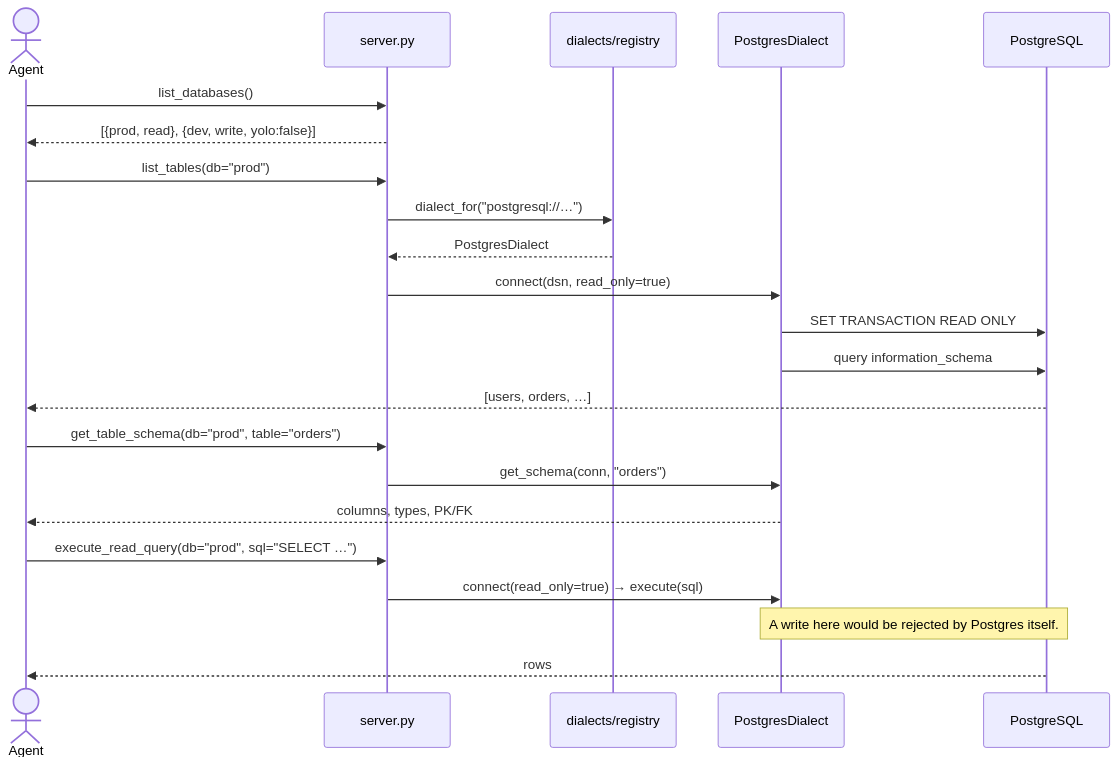
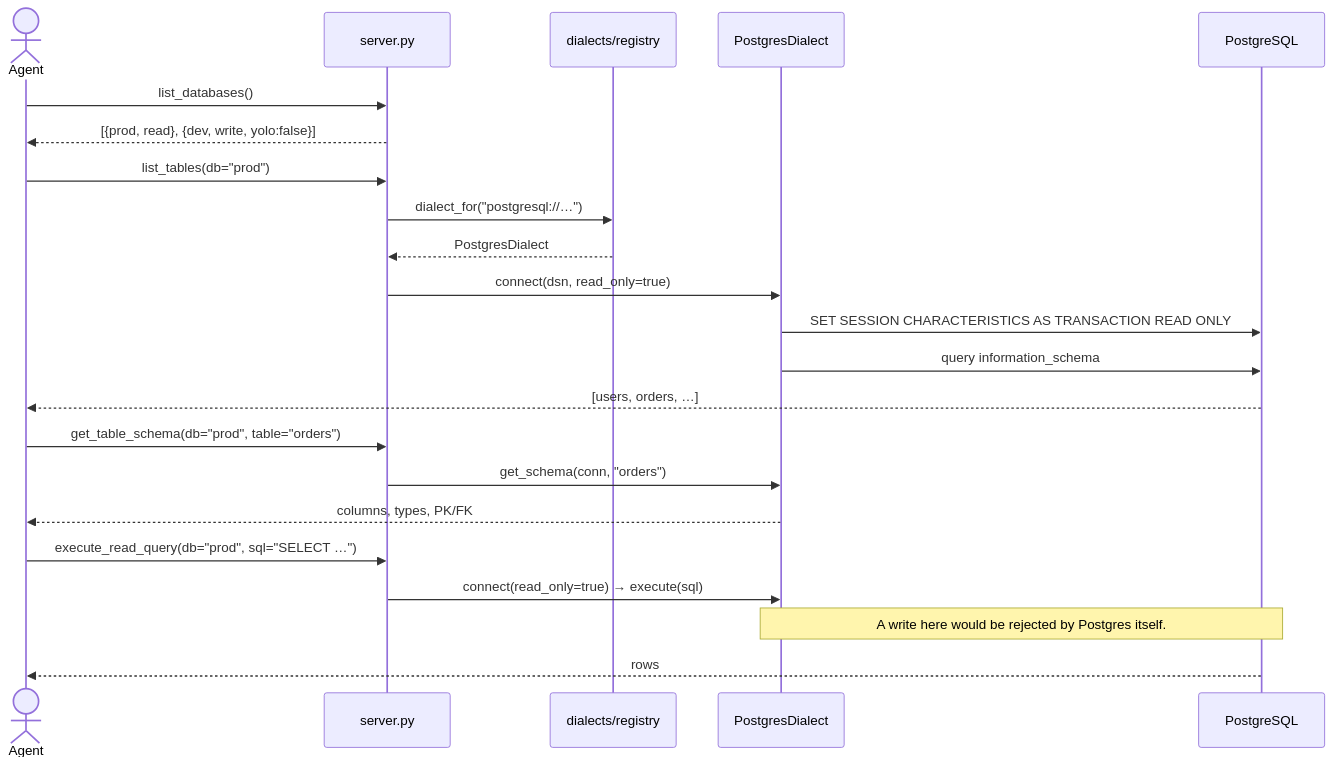
The second of 7 diagrams in ARCHITECTURE.md (Idle-Sync/db-conn-mcp), drawn with Mermaid before and after one commit. The commit also changed other lines of this file and 8 other files, not shown here.

Commit message:
Add v1 implementation plan; fix read-only enforcement to session-level across docs

````diff
--- a/ARCHITECTURE.md
+++ b/ARCHITECTURE.md
@@ -106,28 +106,28 @@
 ```mermaid
 sequenceDiagram
     actor Agent
     participant Server as server.py
     participant Reg as dialects/registry
     participant PG as PostgresDialect
     participant DB as PostgreSQL
 
     Agent->>Server: list_databases()
     Server-->>Agent: [{prod, read}, {dev, write, yolo:false}]
 
     Agent->>Server: list_tables(db="prod")
     Server->>Reg: dialect_for("postgresql://…")
     Reg-->>Server: PostgresDialect
     Server->>PG: connect(dsn, read_only=true)
-    PG->>DB: SET TRANSACTION READ ONLY
+    PG->>DB: SET SESSION CHARACTERISTICS AS TRANSACTION READ ONLY
     PG->>DB: query information_schema
     DB-->>Agent: [users, orders, …]
 
     Agent->>Server: get_table_schema(db="prod", table="orders")
     Server->>PG: get_schema(conn, "orders")
     PG-->>Agent: columns, types, PK/FK
 
     Agent->>Server: execute_read_query(db="prod", sql="SELECT …")
     Server->>PG: connect(read_only=true) → execute(sql)
     Note over PG,DB: A write here would be rejected by Postgres itself.
     DB-->>Agent: rows
 ```
````
